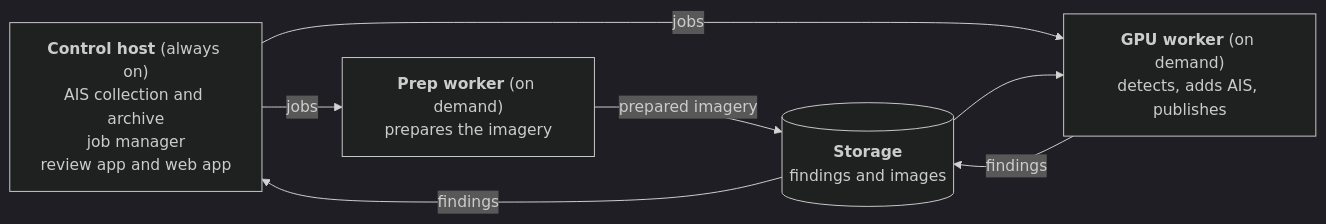
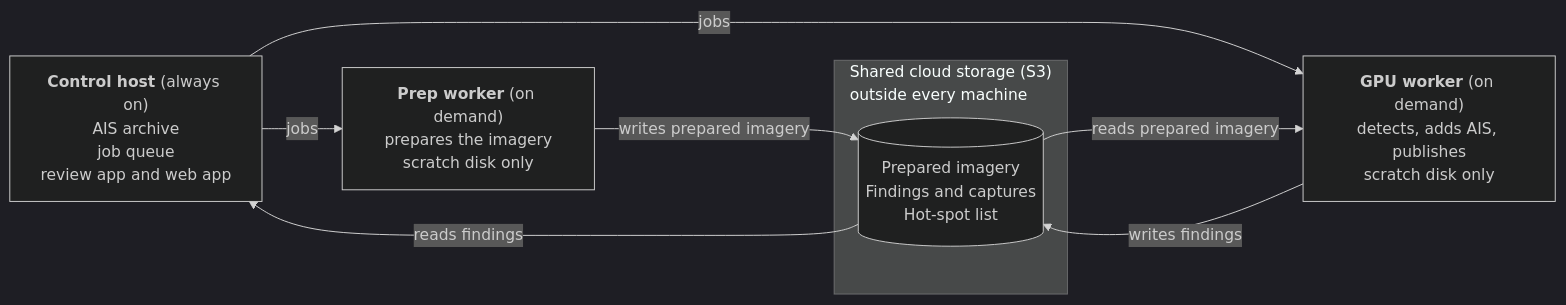
The diagram in docs/img/architecture.mmd (doryunger/dark-petro), drawn with Mermaid (dark theme) before and after one commit. The commit also changed 3 other files, not shown here.

First line of the commit message:
README: show the storage as the shared cloud store outside the machines

```diff
--- a/docs/img/architecture.mmd
+++ b/docs/img/architecture.mmd
@@ -1,11 +1,13 @@
 flowchart LR
-    CH["<b>Control host</b> (always on)<br/>AIS collection and archive<br/>job manager<br/>review app and web app"]
-    PW["<b>Prep worker</b> (on demand)<br/>prepares the imagery"]
-    GW["<b>GPU worker</b> (on demand)<br/>detects, adds AIS, publishes"]
-    ST[("<b>Storage</b><br/>findings and images")]
+    CH["<b>Control host</b> (always on)<br/>AIS archive<br/>job queue<br/>review app and web app"]
+    PW["<b>Prep worker</b> (on demand)<br/>prepares the imagery<br/>scratch disk only"]
+    GW["<b>GPU worker</b> (on demand)<br/>detects, adds AIS, publishes<br/>scratch disk only"]
+    subgraph C["Shared cloud storage (S3)<br/>outside every machine"]
+        ST[("Prepared imagery<br/>Findings and captures<br/>Hot-spot list")]
+    end
     CH -->|jobs| PW
     CH -->|jobs| GW
-    PW -->|prepared imagery| ST
-    ST --> GW
-    GW -->|findings| ST
-    ST -->|findings| CH
+    PW -->|writes prepared imagery| ST
+    ST -->|reads prepared imagery| GW
+    GW -->|writes findings| ST
+    ST -->|reads findings| CH
```
